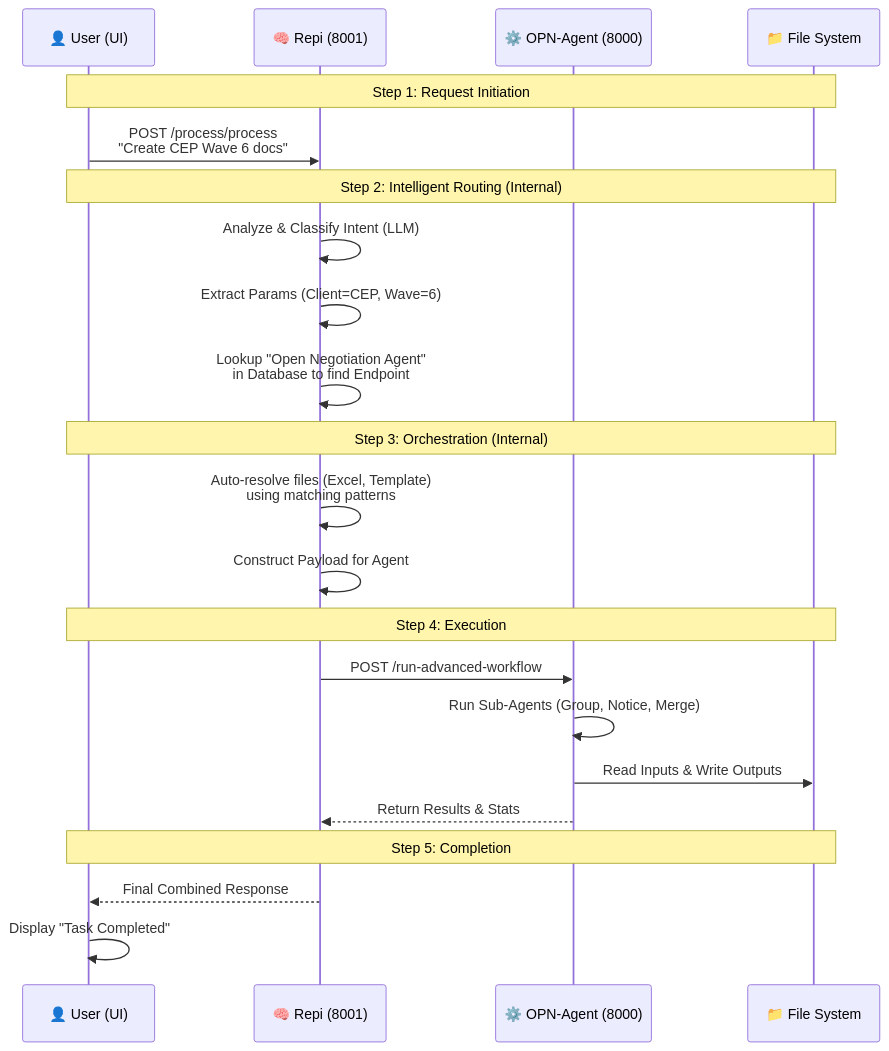
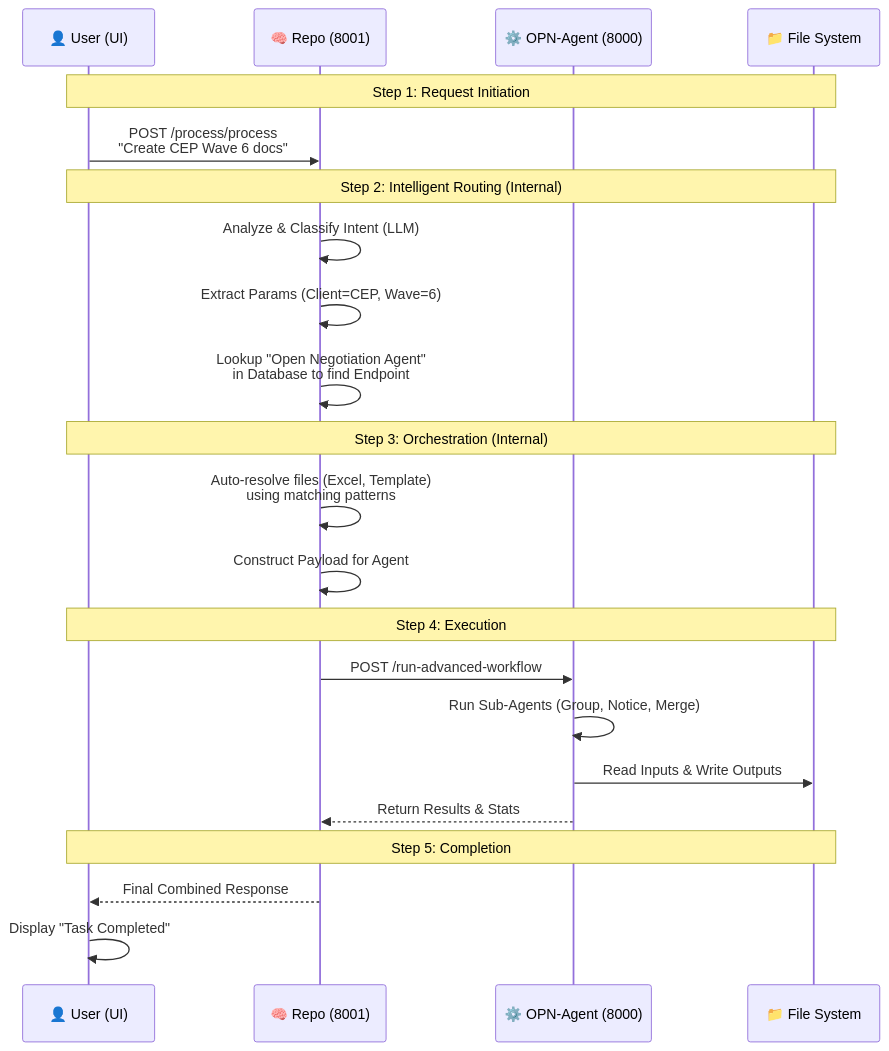
Before and after one commit to SK2252/opn: the second of 2 diagrams in Architecture_and_Workflow_Report.md, drawn with Mermaid. The commit also changed other lines of this file and 50 other files, not shown here.

````diff
--- a/Architecture_and_Workflow_Report.md
+++ b/Architecture_and_Workflow_Report.md
@@ -42,29 +42,29 @@
 ```mermaid
 sequenceDiagram
     participant U as 👤 User (UI)
-    participant R as 🧠 Repi (8001)
+    participant R as 🧠 Repo (8001)
     participant A as ⚙️ OPN-Agent (8000)
     participant F as 📁 File System
 
     Note over U,F: Step 1: Request Initiation
     U->>R: POST /process/process<br/>"Create CEP Wave 6 docs"
     
     Note over U,F: Step 2: Intelligent Routing (Internal)
     R->>R: Analyze & Classify Intent (LLM)
     R->>R: Extract Params (Client=CEP, Wave=6)
     R->>R: Lookup "Open Negotiation Agent"<br/>in Database to find Endpoint
     
     Note over U,F: Step 3: Orchestration (Internal)
     R->>R: Auto-resolve files (Excel, Template)<br/>using matching patterns
     R->>R: Construct Payload for Agent
     
     Note over U,F: Step 4: Execution
     R->>A: POST /run-advanced-workflow
     A->>A: Run Sub-Agents (Group, Notice, Merge)
     A->>F: Read Inputs & Write Outputs
     A-->>R: Return Results & Stats
     
     Note over U,F: Step 5: Completion
     R-->>U: Final Combined Response
     U->>U: Display "Task Completed"
 ```
````
